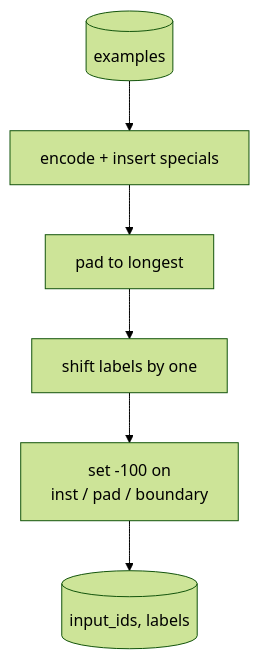
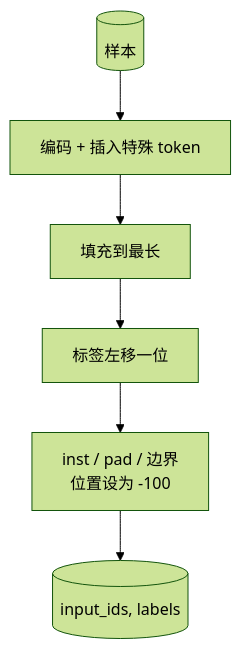
Before and after one commit to alessandrodinisio-ai/ai-engineering-learning-framework: the second of 3 diagrams in phases/19-capstone-projects/39-instruction-tuning-sft/docs/zh.md, drawn with Mermaid (forest theme). The commit also changed other lines of this file and 120 other files, not shown here.

First line of the commit message:
i18n(mermaid): 337 个 mermaid 图表标签中文化

````diff
--- a/phases/19-capstone-projects/39-instruction-tuning-sft/docs/zh.md
+++ b/phases/19-capstone-projects/39-instruction-tuning-sft/docs/zh.md
@@ -87,8 +87,8 @@
 ```mermaid
 flowchart TD
-  Batch[(examples)] --> Tok[encode + insert specials]
-  Tok --> Pad[pad to longest]
-  Pad --> Shift[shift labels by one]
-  Shift --> Mask[set -100 on<br/>inst / pad / boundary]
+  Batch[(样本)] --> Tok[编码 + 插入特殊 token]
+  Tok --> Pad[填充到最长]
+  Pad --> Shift[标签左移一位]
+  Shift --> Mask[inst / pad / 边界<br/>位置设为 -100]
   Mask --> Out[(input_ids, labels)]
 ```
````
